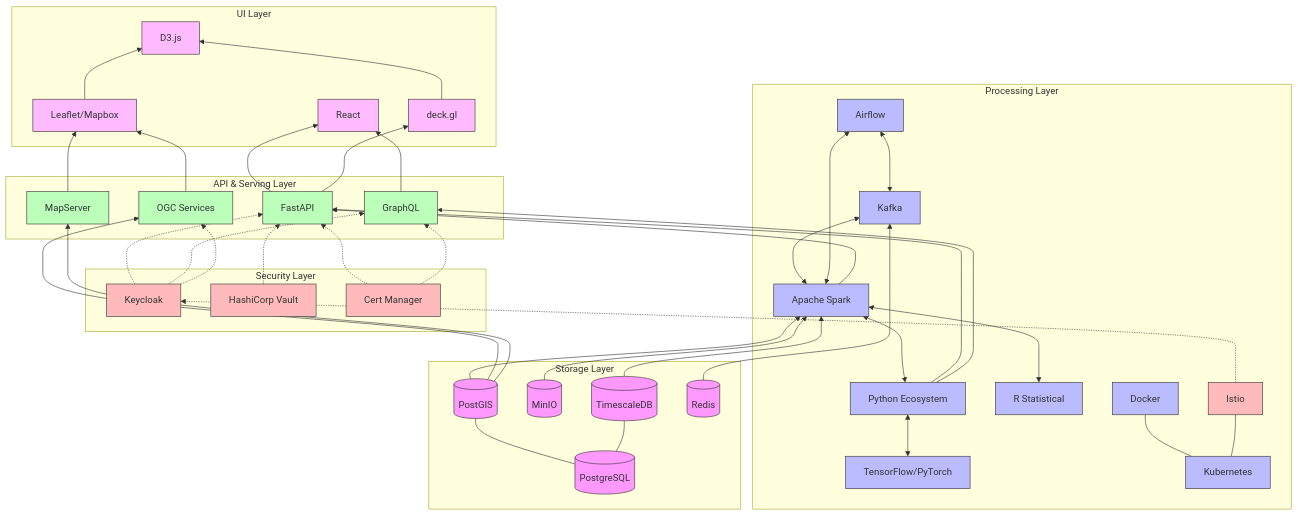
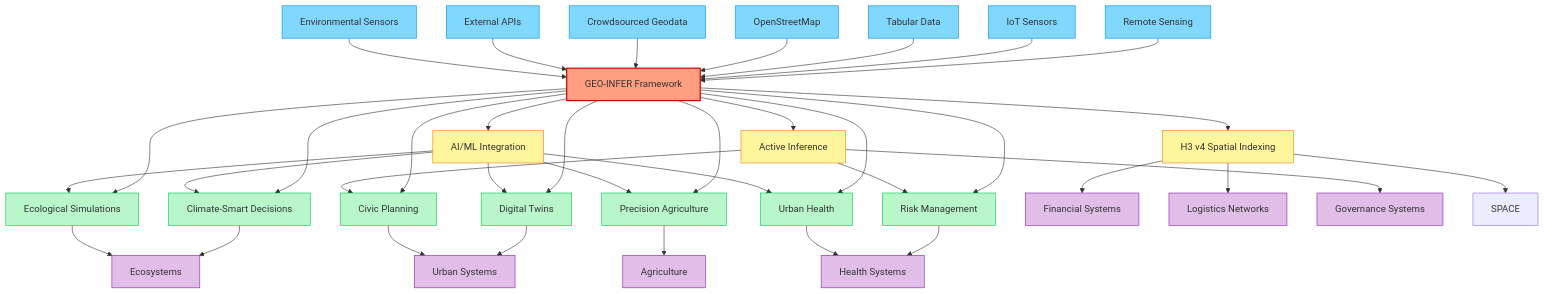
Before and after one commit to ActiveInferenceInstitute/GEO-INFER: the fourth of 4 diagrams in README.md, drawn with Mermaid. The commit also changed other lines of this file and 49 other files, not shown here.

````diff
--- a/README.md
+++ b/README.md
@@ -740,133 +487,85 @@
 ```mermaid
-graph BT
-    classDef storage fill:#f9f,stroke:#333,stroke-width:1px
-    classDef processing fill:#bbf,stroke:#333,stroke-width:1px
-    classDef serving fill:#bfb,stroke:#333,stroke-width:1px
-    classDef security fill:#fbb,stroke:#333,stroke-width:1px
-    classDef ui fill:#fbf,stroke:#333,stroke-width:1px
+graph TD
+    classDef mainNode fill:#ff9e80,stroke:#d50000,stroke-width:2px
+    classDef sourceNode fill:#80d8ff,stroke:#0091ea,stroke-width:1px
+    classDef applicationNode fill:#b9f6ca,stroke:#00c853,stroke-width:1px
+    classDef domainNode fill:#e1bee7,stroke:#8e24aa,stroke-width:1px
+    classDef integrationNode fill:#fff59d,stroke:#f57f17,stroke-width:1px
 
-    %% Data Storage Layer
-    PG[(PostgreSQL)]:::storage
-    POSTGIS[(PostGIS)]:::storage
-    MINIO[(MinIO)]:::storage
-    TIMESCALEDB[(TimescaleDB)]:::storage
-    REDIS[(Redis)]:::storage
-
-    %% Data Processing Layer
-    SPARK[Apache Spark]:::processing
-    KAFKA[Kafka]:::processing
-    AIRFLOW[Airflow]:::processing
-    PYTHON[Python Ecosystem]:::processing
-    R[R Statistical]:::processing
-    TENSOR[TensorFlow/PyTorch]:::processing
-
-    %% API & Serving Layer
-    FASTAPI[FastAPI]:::serving
-    GRAPHQL[GraphQL]:::serving
-    OGC[OGC Services]:::serving
-    MAPSERVER[MapServer]:::serving
-
-    %% Security Layer
-    KEYCLOAK[Keycloak]:::security
-    VAULT[HashiCorp Vault]:::security
-    CERT[Cert Manager]:::security
-
-    %% UI Layer
-    REACT[React]:::ui
-    LEAFLET[Leaflet/Mapbox]:::ui
-    DECK[deck.gl]:::ui
-    D3[D3.js]:::ui
-
-    %% Infrastructure
-    K8S[Kubernetes]:::processing
-    DOCKER[Docker]:::processing
-    ISTIO[Istio]:::security
-
+    GEOINFER[GEO-INFER Framework]:::mainNode
+    
+    %% Data Sources
+    RS[Remote Sensing]:::sourceNode
+    IOT[IoT Sensors]:::sourceNode
+    CSV[Tabular Data]:::sourceNode
+    OSM[OpenStreetMap]:::sourceNode
+    CGD[Crowdsourced Geodata]:::sourceNode
+    API[External APIs]:::sourceNode
+    SENSOR[Environmental Sensors]:::sourceNode
+    
+    %% Applications
+    DT[Digital Twins]:::applicationNode
+    CSD[Climate-Smart Decisions]:::applicationNode
+    ES[Ecological Simulations]:::applicationNode
+    CP[Civic Planning]:::applicationNode
+    RM[Risk Management]:::applicationNode
+    PA[Precision Agriculture]:::applicationNode
+    UH[Urban Health]:::applicationNode
+    
+    %% Domains
+    URB[Urban Systems]:::domainNode
+    ECO[Ecosystems]:::domainNode
+    AGR[Agriculture]:::domainNode
+    HLT[Health Systems]:::domainNode
+    FIN[Financial Systems]:::domainNode
+    LOG[Logistics Networks]:::domainNode
+    GOV[Governance Systems]:::domainNode
+    
+    %% Integration Points
+    AI_INT[AI/ML Integration]:::integrationNode
+    ACT_INT[Active Inference]:::integrationNode
+    H3_INT[H3 v4 Spatial Indexing]:::integrationNode
+    
     %% Connections
-    PG --- POSTGIS
-    PG --- TIMESCALEDB
+    RS --> GEOINFER
+    IOT --> GEOINFER
+    CSV --> GEOINFER
+    OSM --> GEOINFER
+    CGD --> GEOINFER
+    API --> GEOINFER
+    SENSOR --> GEOINFER
     
-    %% Storage to Processing
-    POSTGIS --> SPARK
-    MINIO --> SPARK
-    TIMESCALEDB --> SPARK
-    REDIS --> KAFKA
+    GEOINFER --> AI_INT
+    GEOINFER --> ACT_INT
+    GEOINFER --> H3_INT
     
-    %% Processing interconnections
-    SPARK <--> KAFKA
-    SPARK <--> AIRFLOW
-    KAFKA <--> AIRFLOW
-    PYTHON <--> SPARK
-    R <--> SPARK
-    TENSOR <--> PYTHON
+    GEOINFER --> DT
+    GEOINFER --> CSD
+    GEOINFER --> ES
+    GEOINFER --> CP
+    GEOINFER --> RM
+    GEOINFER --> PA
+    GEOINFER --> UH
     
-    %% Processing to Serving
-    PYTHON --> FASTAPI
-    SPARK --> FASTAPI
-    PYTHON --> GRAPHQL
-    POSTGIS --> OGC
-    POSTGIS --> MAPSERVER
+    DT --> URB
+    CSD --> ECO
+    ES --> ECO
+    CP --> URB
+    RM --> HLT
+    PA --> AGR
+    UH --> HLT
     
-    %% Security crosscutting
-    KEYCLOAK -.-> FASTAPI
-    KEYCLOAK -.-> GRAPHQL
-    KEYCLOAK -.-> OGC
-    VAULT -.-> FASTAPI
-    CERT -.-> FASTAPI
-    CERT -.-> GRAPHQL
+    AI_INT --> DT
+    AI_INT --> CSD
+    AI_INT --> ES
+    AI_INT --> PA
+    AI_INT --> UH
     
-    %% Serving to UI
-    FASTAPI --> REACT
-    GRAPHQL --> REACT
-    OGC --> LEAFLET
-    MAPSERVER --> LEAFLET
-    FASTAPI --> DECK
-    LEAFLET --> D3
-    DECK --> D3
+    ACT_INT --> RM
+    ACT_INT --> CP
+    ACT_INT --> GOV
     
-    %% Infrastructure
-    K8S --- DOCKER
-    K8S --- ISTIO
-    ISTIO -.-> KEYCLOAK
-
-    %% Subgraphs for organization
-    subgraph "Storage Layer"
-        PG
-        POSTGIS
-        MINIO
-        TIMESCALEDB
-        REDIS
-    end
-    
-    subgraph "Processing Layer"
-        SPARK
-        KAFKA
-        AIRFLOW
-        PYTHON
-        R
-        TENSOR
-        K8S
-        DOCKER
-        ISTIO
-    end
-    
-    subgraph "API & Serving Layer"
-        FASTAPI
-        GRAPHQL
-        OGC
-        MAPSERVER
-    end
-    
-    subgraph "Security Layer"
-        KEYCLOAK
-        VAULT
-        CERT
-    end
-    
-    subgraph "UI Layer"
-        REACT
-        LEAFLET
-        DECK
-        D3
-    end
+    H3_INT --> SPACE
+    H3_INT --> LOG
+    H3_INT --> FIN
 ```
````
